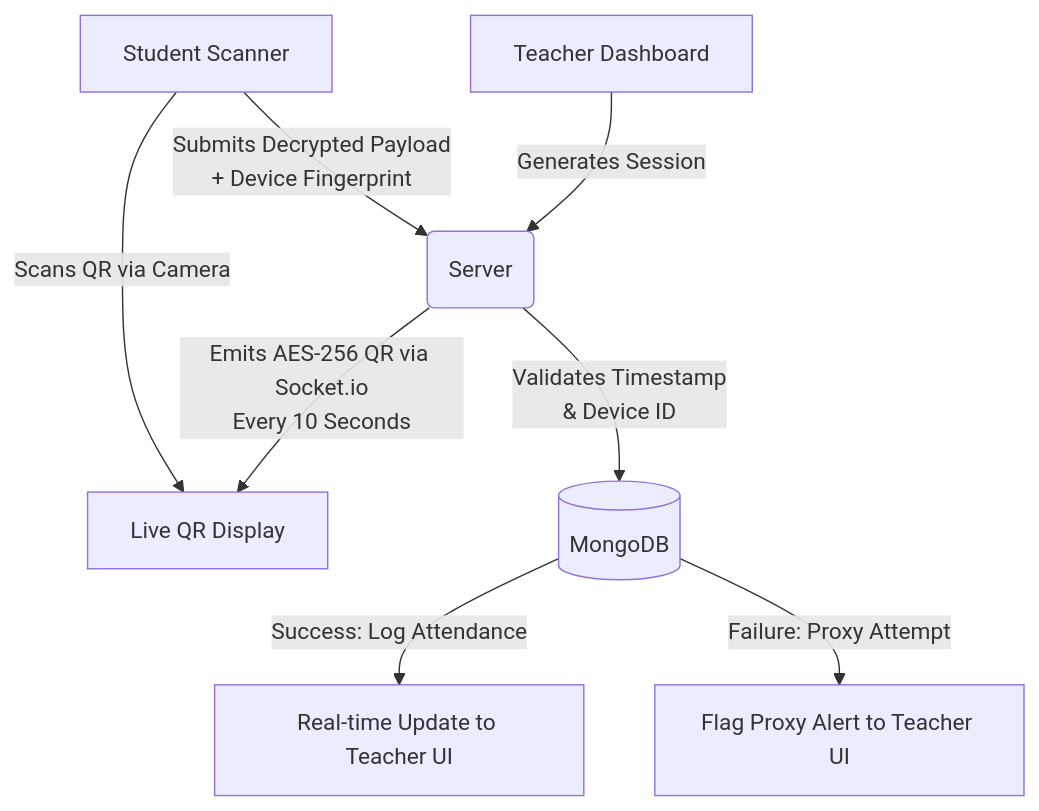
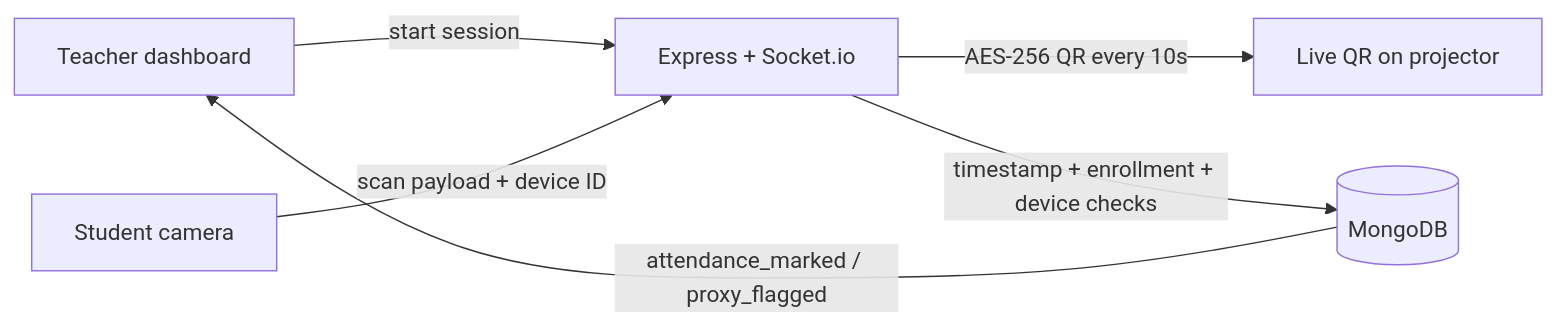
Before and after one commit to 2024ucp1505/QuickPass: the diagram in README.md, drawn with Mermaid. The commit also changed other lines of this file, not shown here.

````diff
--- a/README.md
+++ b/README.md
@@ -29,13 +54,8 @@
 ```mermaid
-graph TD
-    A[Teacher Dashboard] -->|Generates Session| B(Server)
-    B -->|Emits AES-256 QR via Socket.io\nEvery 10 Seconds| C[Live QR Display]
-    
-    D[Student Scanner] -->|Scans QR via Camera| C
-    D -->|Submits Decrypted Payload\n+ Device Fingerprint| B
-    
-    B -->|Validates Timestamp\n& Device ID| E[(MongoDB)]
-    
-    E -->|Success: Log Attendance| F[Real-time Update to Teacher UI]
-    E -->|Failure: Proxy Attempt| G[Flag Proxy Alert to Teacher UI]
+flowchart LR
+  T[Teacher dashboard] -->|start session| S[Express + Socket.io]
+  S -->|AES-256 QR every 10s| Q[Live QR on projector]
+  St[Student camera] -->|scan payload + device ID| S
+  S -->|timestamp + enrollment + device checks| DB[(MongoDB)]
+  DB -->|attendance_marked / proxy_flagged| T
 ```
````
